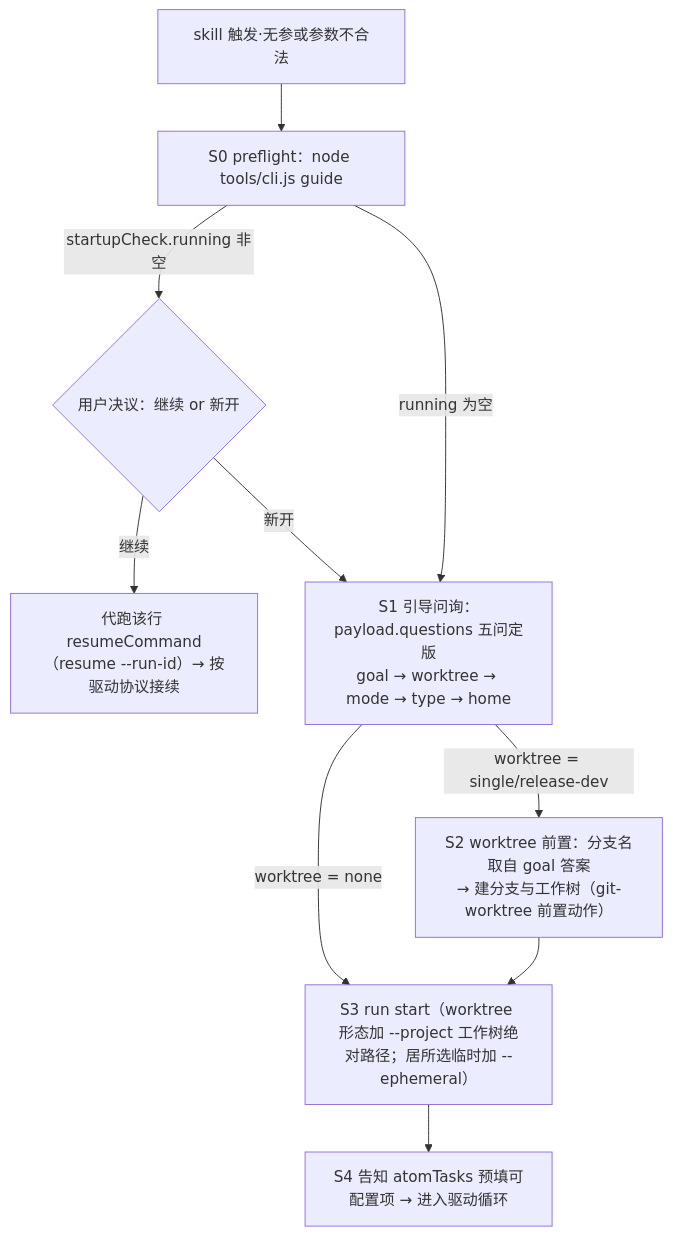
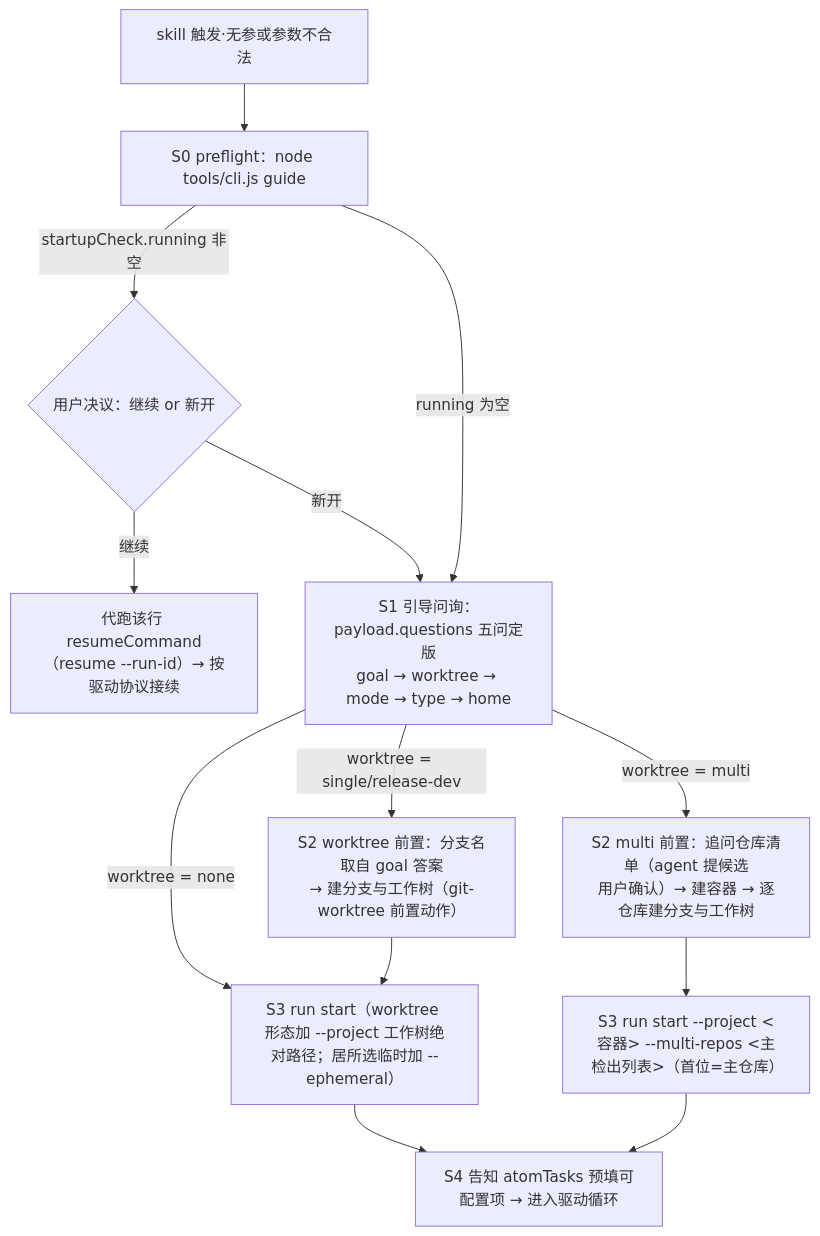
Before and after one commit to Djhhhhhh/Ddo-Code-Flow: the diagram in SKILL.md, drawn with Mermaid. The commit also changed other lines of this file and 24 other files, not shown here.

Commit message:
feat(multi-repo): 多仓库 worktree 隔离目录模式——guide multi 场景与仓库清单追问、state 多仓库演进（multiRepo/container/repos + dirs.projects）、run start --multi-repos 逐仓库注册、生效工作目录三分支、deliver-pr/closeout/cleanup 逐仓库适配、E2E showcase（134 测试全绿）

````diff
--- a/SKILL.md
+++ b/SKILL.md
@@ -101,12 +104,15 @@
 ```mermaid
 flowchart TD
     A[skill 触发·无参或参数不合法] --> S0["S0 preflight：node tools/cli.js guide"]
     S0 -->|"startupCheck.running 非空"| B1{"用户决议：继续 or 新开"}
     B1 -->|继续| R["代跑该行 resumeCommand（resume --run-id）→ 按驱动协议接续"]
     B1 -->|新开| S1
     S0 -->|"running 为空"| S1["S1 引导问询：payload.questions 五问定版<br/>goal → worktree → mode → type → home"]
     S1 -->|worktree = none| S3
     S1 -->|worktree = single/release-dev| S2["S2 worktree 前置：分支名取自 goal 答案<br/>→ 建分支与工作树（git-worktree 前置动作）"]
+    S1 -->|worktree = multi| S2M["S2 multi 前置：追问仓库清单（agent 提候选<br/>用户确认）→ 建容器 → 逐仓库建分支与工作树"]
     S2 --> S3["S3 run start（worktree 形态加 --project 工作树绝对路径；居所选临时加 --ephemeral）"]
+    S2M --> S3M["S3 run start --project <容器> --multi-repos <主检出列表>（首位=主仓库）"]
     S3 --> S4["S4 告知 atomTasks 预填可配置项 → 进入驱动循环"]
+    S3M --> S4
 ```
````
